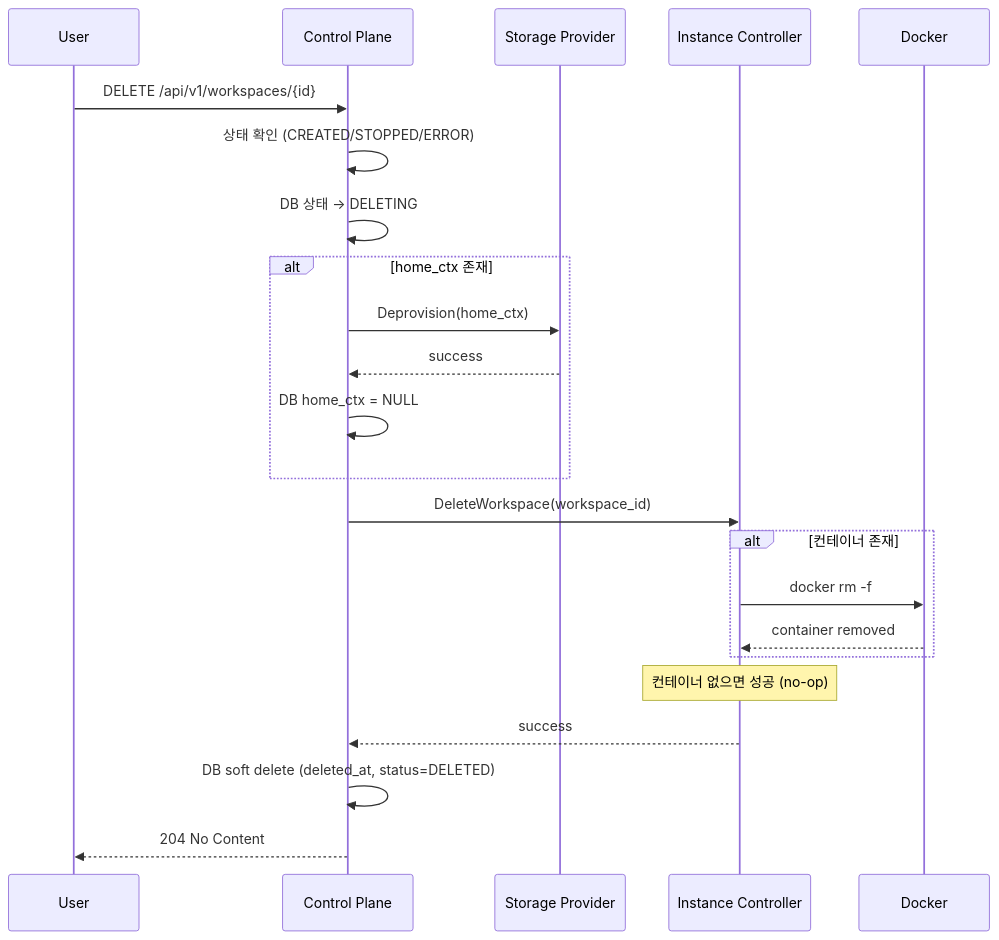
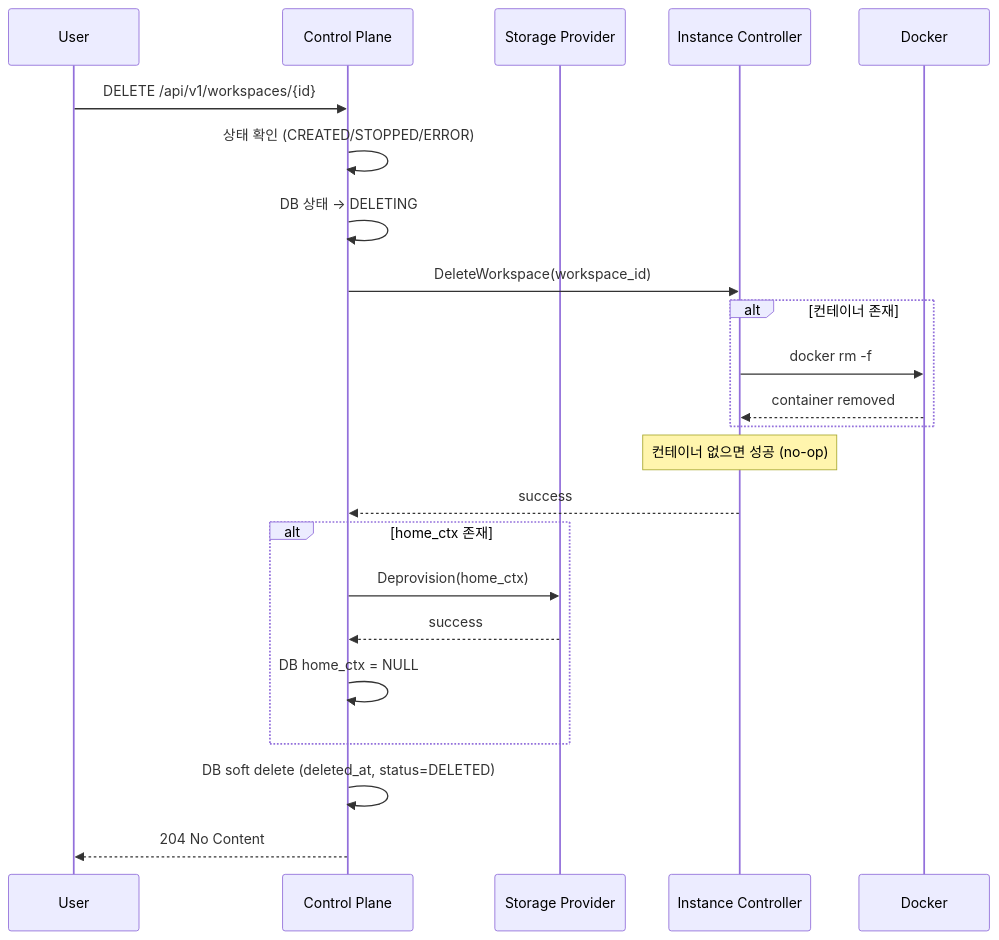
The sixth of 11 diagrams in docs/architecture.md (cagojeiger/code-hub), drawn with Mermaid before and after one commit. The commit also changed other lines of this file and 2 other files, not shown here.

````diff
--- a/docs/architecture.md
+++ b/docs/architecture.md
@@ -171,32 +171,32 @@
 ```mermaid
 sequenceDiagram
     participant U as User
     participant CP as Control Plane
     participant SP as Storage Provider
     participant IC as Instance Controller
     participant D as Docker
 
     U->>CP: DELETE /api/v1/workspaces/{id}
     CP->>CP: 상태 확인 (CREATED/STOPPED/ERROR)
     CP->>CP: DB 상태 → DELETING
 
-    alt home_ctx 존재
-        CP->>SP: Deprovision(home_ctx)
-        SP-->>CP: success
-        CP->>CP: DB home_ctx = NULL
-    end
-
     CP->>IC: DeleteWorkspace(workspace_id)
 
     alt 컨테이너 존재
         IC->>D: docker rm -f
         D-->>IC: container removed
     end
 
     Note over IC: 컨테이너 없으면 성공 (no-op)
 
     IC-->>CP: success
 
+    alt home_ctx 존재
+        CP->>SP: Deprovision(home_ctx)
+        SP-->>CP: success
+        CP->>CP: DB home_ctx = NULL
+    end
+
     CP->>CP: DB soft delete (deleted_at, status=DELETED)
     CP-->>U: 204 No Content
 ```
````
